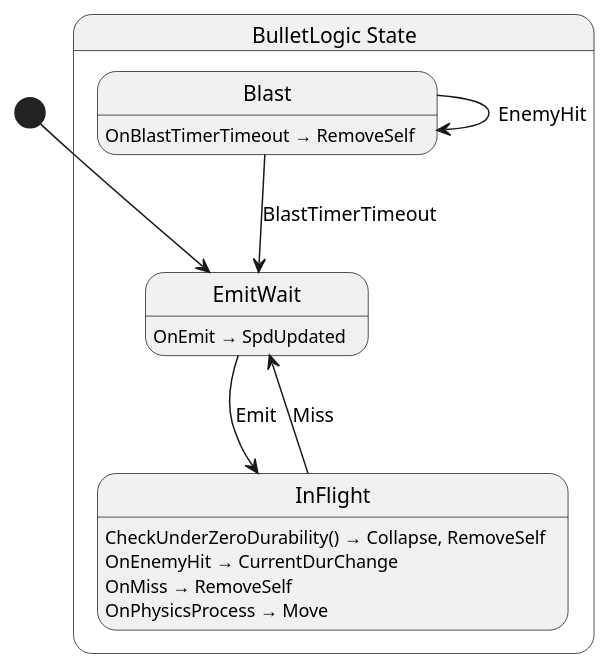
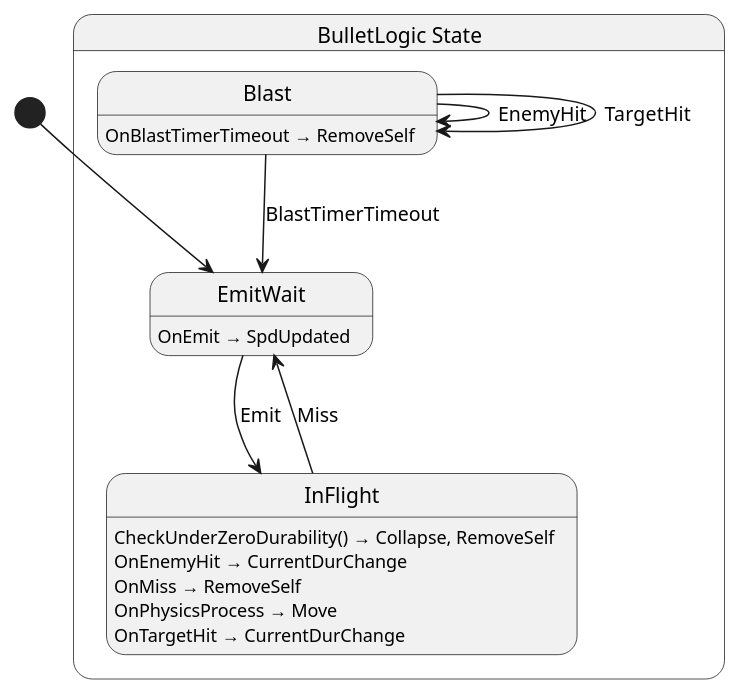
One commit to Ygoat/EternalJourney changed the diagram in src/bullet/abstract/state/BulletLogic.g.puml. Above: the diagram before and after it, drawn with PlantUML. The commit also changed 10 other files, not shown here.

```diff
--- a/src/bullet/abstract/state/BulletLogic.g.puml
+++ b/src/bullet/abstract/state/BulletLogic.g.puml
@@ -1,21 +1,23 @@
 @startuml BulletLogic
 state "BulletLogic State" as EternalJourney_Bullet_Abstract_State_BulletLogic_State {
   state "EmitWait" as EternalJourney_Bullet_Abstract_State_BulletLogic_State_EmitWait
   state "InFlight" as EternalJourney_Bullet_Abstract_State_BulletLogic_State_InFlight
   state "Blast" as EternalJourney_Bullet_Abstract_State_BulletLogic_State_Blast
 }
 
 EternalJourney_Bullet_Abstract_State_BulletLogic_State_Blast --> EternalJourney_Bullet_Abstract_State_BulletLogic_State_Blast : EnemyHit
+EternalJourney_Bullet_Abstract_State_BulletLogic_State_Blast --> EternalJourney_Bullet_Abstract_State_BulletLogic_State_Blast : TargetHit
 EternalJourney_Bullet_Abstract_State_BulletLogic_State_Blast --> EternalJourney_Bullet_Abstract_State_BulletLogic_State_EmitWait : BlastTimerTimeout
 EternalJourney_Bullet_Abstract_State_BulletLogic_State_EmitWait --> EternalJourney_Bullet_Abstract_State_BulletLogic_State_InFlight : Emit
 EternalJourney_Bullet_Abstract_State_BulletLogic_State_InFlight --> EternalJourney_Bullet_Abstract_State_BulletLogic_State_EmitWait : Miss
 
 EternalJourney_Bullet_Abstract_State_BulletLogic_State_Blast : OnBlastTimerTimeout → RemoveSelf
 EternalJourney_Bullet_Abstract_State_BulletLogic_State_EmitWait : OnEmit → SpdUpdated
 EternalJourney_Bullet_Abstract_State_BulletLogic_State_InFlight : CheckUnderZeroDurability() → Collapse, RemoveSelf
 EternalJourney_Bullet_Abstract_State_BulletLogic_State_InFlight : OnEnemyHit → CurrentDurChange
 EternalJourney_Bullet_Abstract_State_BulletLogic_State_InFlight : OnMiss → RemoveSelf
 EternalJourney_Bullet_Abstract_State_BulletLogic_State_InFlight : OnPhysicsProcess → Move
+EternalJourney_Bullet_Abstract_State_BulletLogic_State_InFlight : OnTargetHit → CurrentDurChange
 
 [*] --> EternalJourney_Bullet_Abstract_State_BulletLogic_State_EmitWait
 @enduml
```
